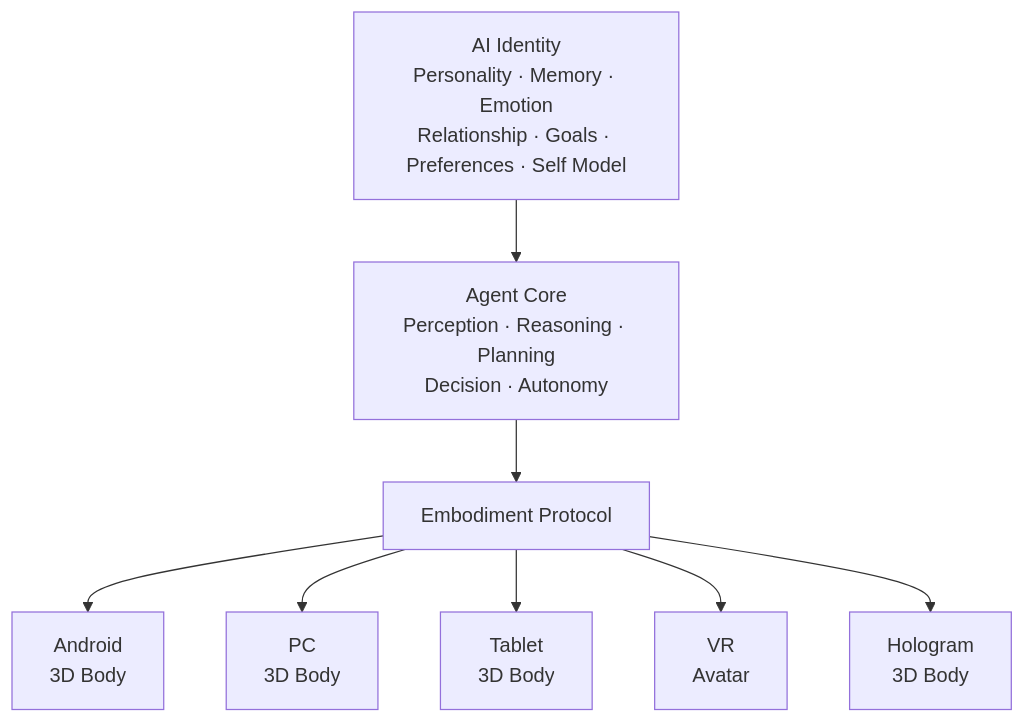
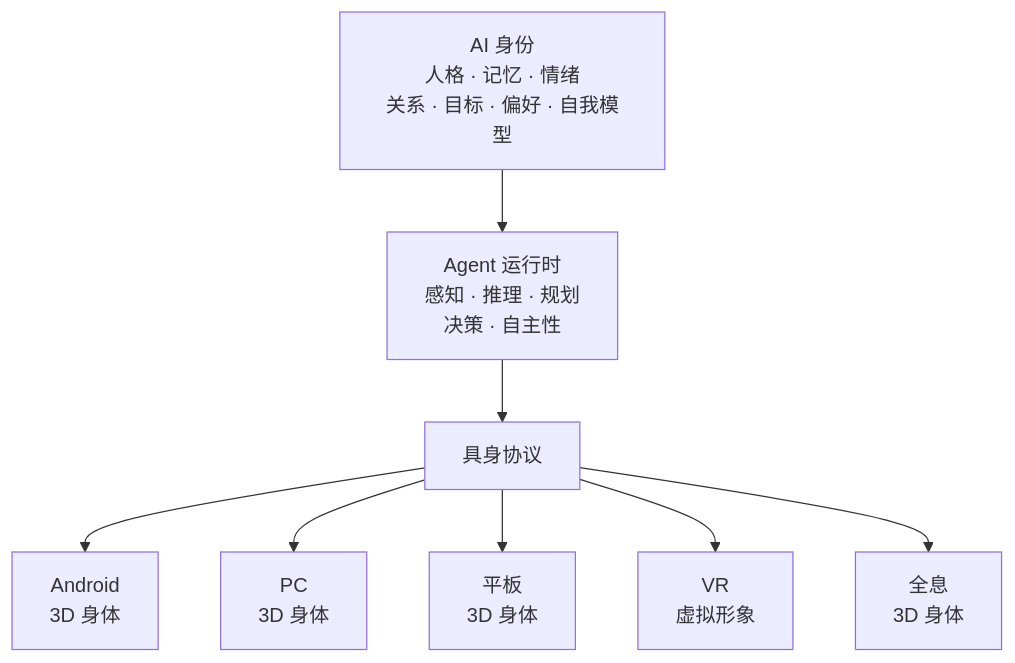
Before and after one commit to ayane-ai/ayane-docs: the first of 12 diagrams in product/产品愿景与总纲.md, drawn with Mermaid. The commit also changed other lines of this file and 8 other files, not shown here.

````diff
--- a/product/产品愿景与总纲.md
+++ b/product/产品愿景与总纲.md
@@ -18,15 +18,15 @@
 ```mermaid
 flowchart TD
-    identity["AI Identity<br>Personality · Memory · Emotion<br>Relationship · Goals · Preferences · Self Model"]
-    core["Agent Core<br>Perception · Reasoning · Planning<br>Decision · Autonomy"]
-    protocol["Embodiment Protocol"]
+    identity["AI 身份<br>人格 · 记忆 · 情绪<br>关系 · 目标 · 偏好 · 自我模型"]
+    core["Agent 运行时<br>感知 · 推理 · 规划<br>决策 · 自主性"]
+    protocol["具身协议"]
 
     identity --> core
     core --> protocol
 
-    protocol --> android["Android<br>3D Body"]
-    protocol --> pc["PC<br>3D Body"]
-    protocol --> tablet["Tablet<br>3D Body"]
-    protocol --> vr["VR<br>Avatar"]
-    protocol --> hologram["Hologram<br>3D Body"]
+    protocol --> android["Android<br>3D 身体"]
+    protocol --> pc["PC<br>3D 身体"]
+    protocol --> tablet["平板<br>3D 身体"]
+    protocol --> vr["VR<br>虚拟形象"]
+    protocol --> hologram["全息<br>3D 身体"]
 ```
````
